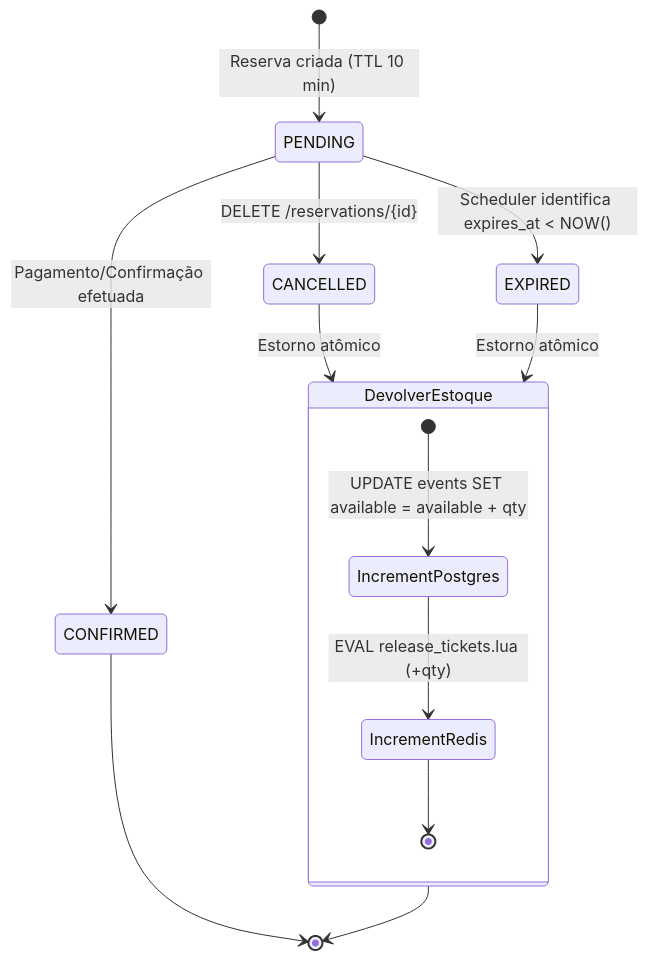
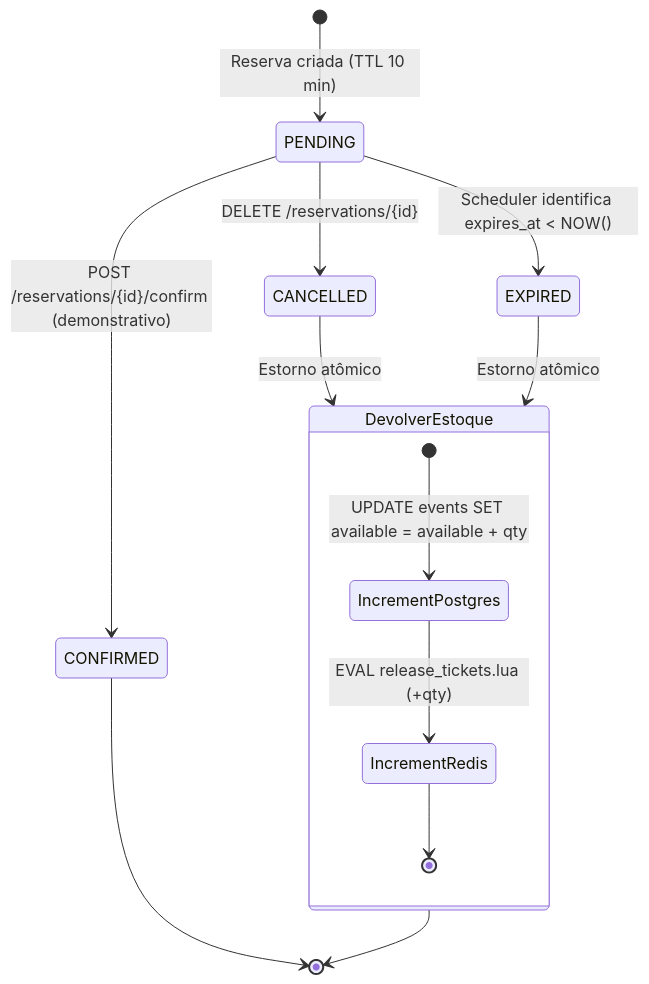
Before and after one commit to wallacemax96/ticket-booking-flash-sale: the diagram in docs/architecture/03-state-lifecycle.md, drawn with Mermaid. The commit also changed 16 other files, not shown here.

````diff
--- a/docs/architecture/03-state-lifecycle.md
+++ b/docs/architecture/03-state-lifecycle.md
@@ -5,20 +5,20 @@
 ```mermaid
 stateDiagram-v2
     [*] --> PENDING: Reserva criada (TTL 10 min)
     
-    PENDING --> CONFIRMED: Pagamento/Confirmação efetuada
+    PENDING --> CONFIRMED: POST /reservations/{id}/confirm (demonstrativo)
     PENDING --> CANCELLED: DELETE /reservations/{id}
     PENDING --> EXPIRED: Scheduler identifica expires_at < NOW()
 
     CANCELLED --> DevolverEstoque: Estorno atômico
     EXPIRED --> DevolverEstoque: Estorno atômico
 
     state DevolverEstoque {
         [*] --> IncrementPostgres: UPDATE events SET available = available + qty
         IncrementPostgres --> IncrementRedis: EVAL release_tickets.lua (+qty)
         IncrementRedis --> [*]
     }
 
     CONFIRMED --> [*]
     DevolverEstoque --> [*]
 ```
````
